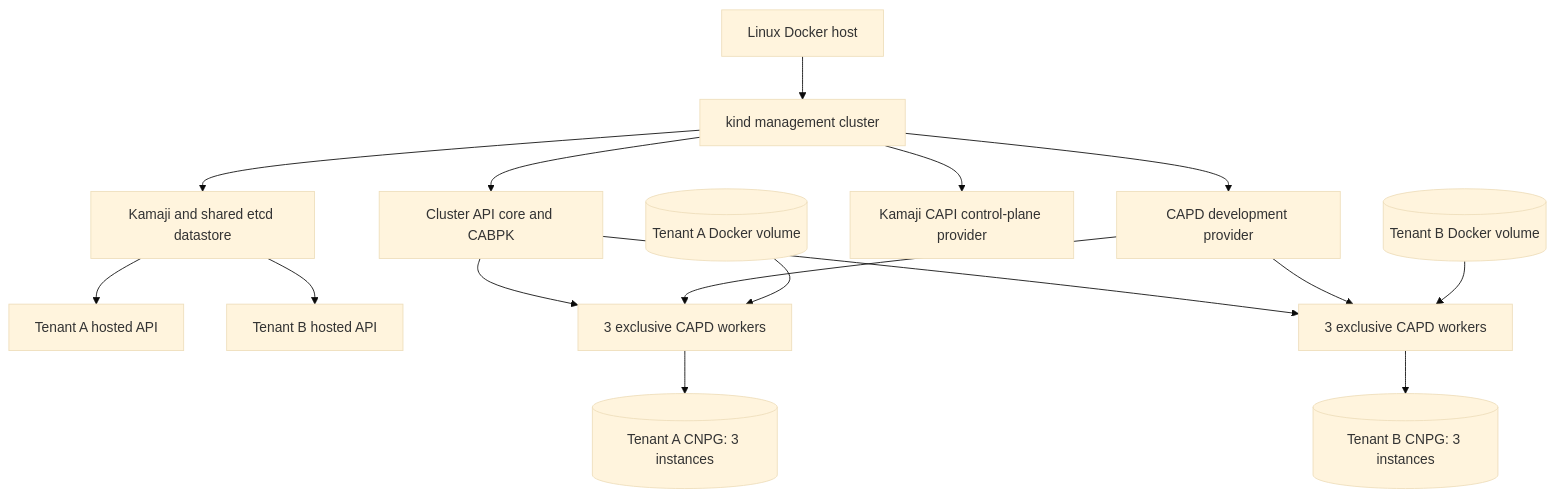
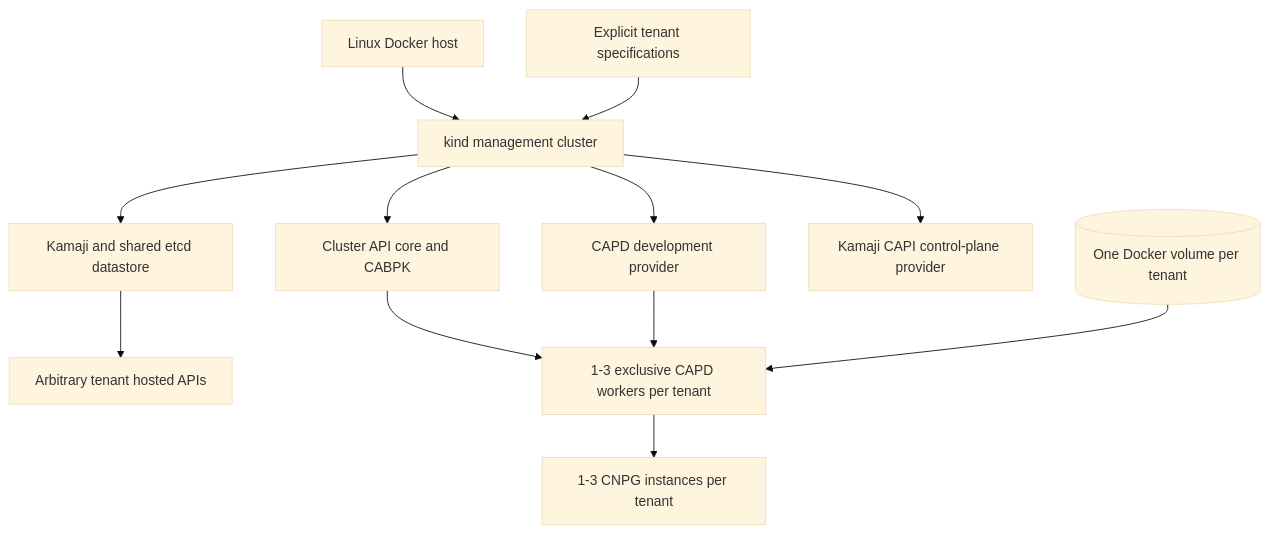
The diagram in capi/docs/high-level-design.md (youyuanwu/cnpg-vcluster), drawn with Mermaid (base theme) before and after one commit. The commit also changed other lines of this file and 71 other files, not shown here.

````diff
--- a/capi/docs/high-level-design.md
+++ b/capi/docs/high-level-design.md
@@ -22,31 +23,25 @@
 ```mermaid
 flowchart TB
   Host[Linux Docker host]
   Mgmt[kind management cluster]
   CAPI[Cluster API core and CABPK]
   CAPD[CAPD development provider]
   Kamaji[Kamaji and shared etcd datastore]
   KCP[Kamaji CAPI control-plane provider]
-  A[Tenant A hosted API]
-  B[Tenant B hosted API]
-  AW[3 exclusive CAPD workers]
-  BW[3 exclusive CAPD workers]
-  AV[(Tenant A Docker volume)]
-  BV[(Tenant B Docker volume)]
-  APG[(Tenant A CNPG: 3 instances)]
-  BPG[(Tenant B CNPG: 3 instances)]
+  Specs[Explicit tenant specifications]
+  APIs[Arbitrary tenant hosted APIs]
+  Workers[1-3 exclusive CAPD workers per tenant]
+  Volumes[(One Docker volume per tenant)]
+  CNPG[1-3 CNPG instances per tenant]
 
   Host --> Mgmt
+  Specs --> Mgmt
   Mgmt --> CAPI
   Mgmt --> CAPD
   Mgmt --> Kamaji
   Mgmt --> KCP
-  Kamaji --> A
-  Kamaji --> B
-  CAPI --> AW
-  CAPI --> BW
-  CAPD --> AW
-  CAPD --> BW
-  AV --> AW --> APG
-  BV --> BW --> BPG
+  Kamaji --> APIs
+  CAPI --> Workers
+  CAPD --> Workers
+  Volumes --> Workers --> CNPG
 ```
````
